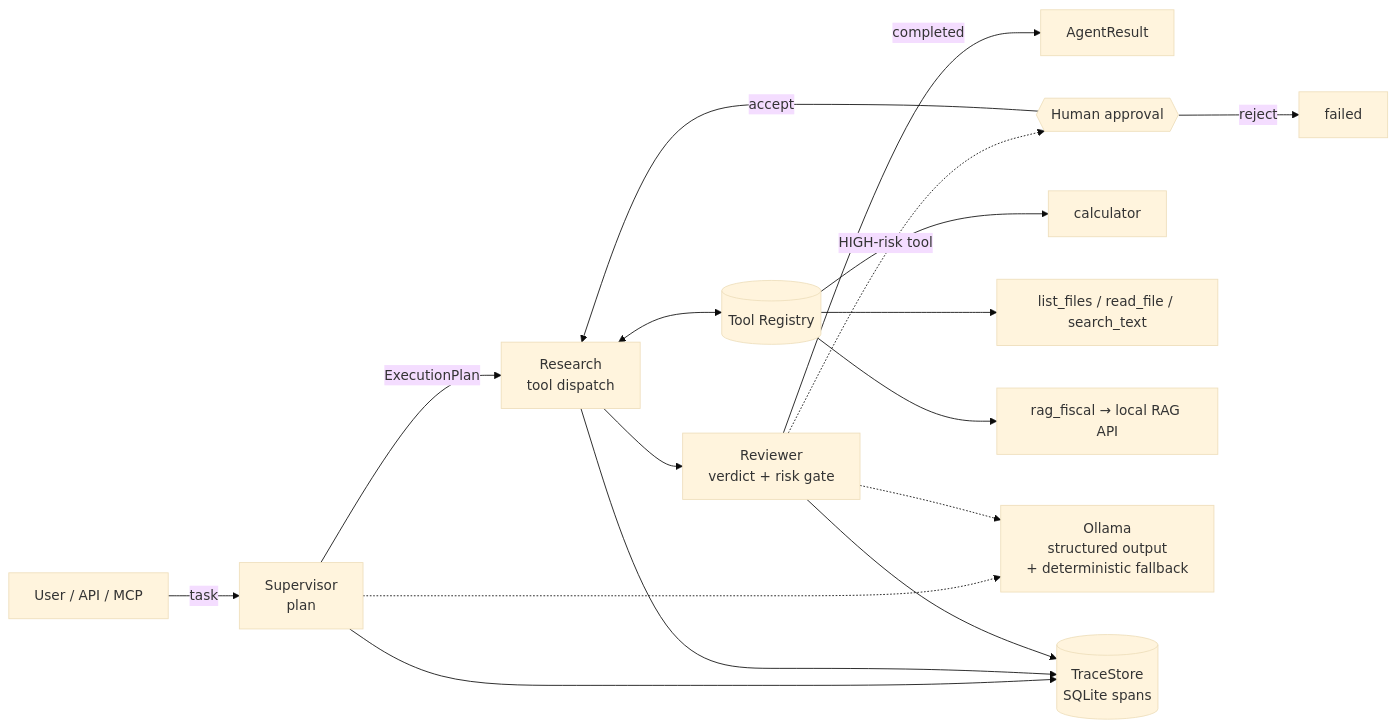
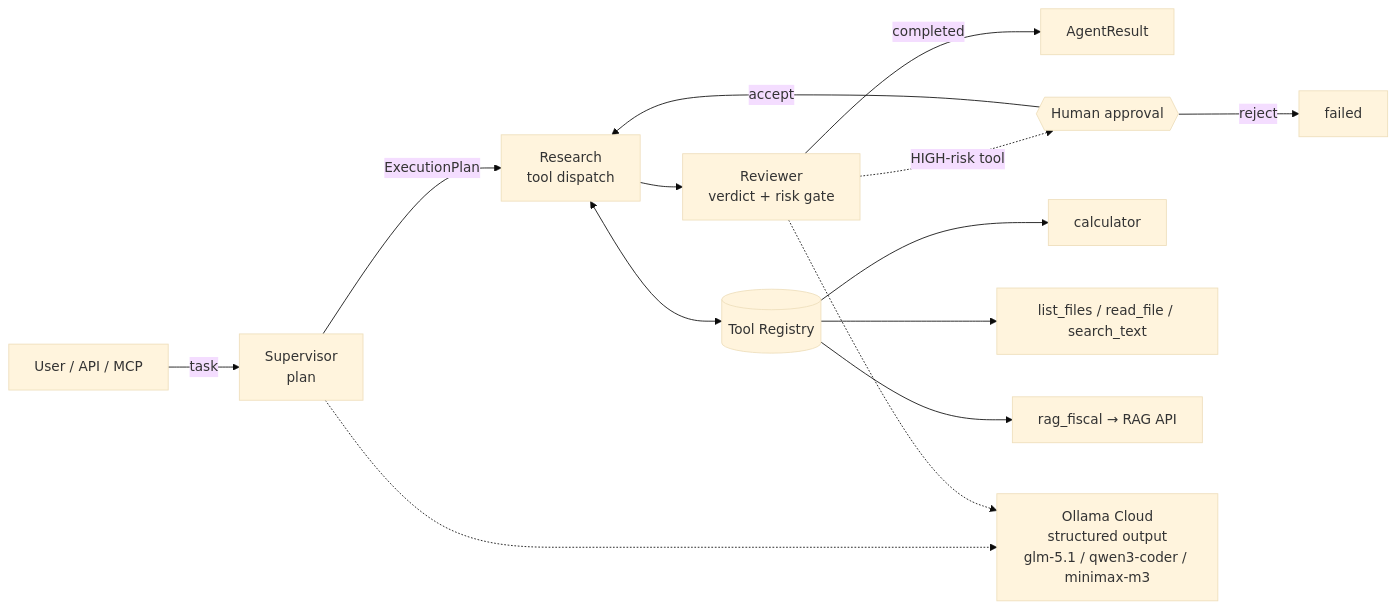
The diagram in README.md (thomas1909/local-agent-orchestrator), drawn with Mermaid (base theme) before and after one commit. The commit also changed other lines of this file and 18 other files, not shown here.

Commit message:
feat: add cloud-only role-based LLM routing

````diff
--- a/README.md
+++ b/README.md
@@ -28,22 +27,18 @@
 ```mermaid
 flowchart LR
     U[User / API / MCP] -->|task| S[Supervisor<br/>plan]
     S -->|ExecutionPlan| R[Research<br/>tool dispatch]
     R --> RV[Reviewer<br/>verdict + risk gate]
     RV -->|completed| OUT[AgentResult]
     RV -.->|HIGH-risk tool| HITL{{Human approval}}
     HITL -->|accept| R
     HITL -->|reject| FAIL[failed]
 
     R <--> T[(Tool Registry)]
     T --> T1[calculator]
     T --> T2[list_files / read_file / search_text]
-    T --> T3[rag_fiscal → local RAG API]
+    T --> T3[rag_fiscal → RAG API]
 
-    S -.-> LLM[Ollama<br/>structured output<br/>+ deterministic fallback]
+    S -.-> LLM[Ollama Cloud<br/>structured output<br/>glm-5.1 / qwen3-coder / minimax-m3]
     RV -.-> LLM
-
-    S --> TR[(TraceStore<br/>SQLite spans)]
-    R --> TR
-    RV --> TR
 ```
````
